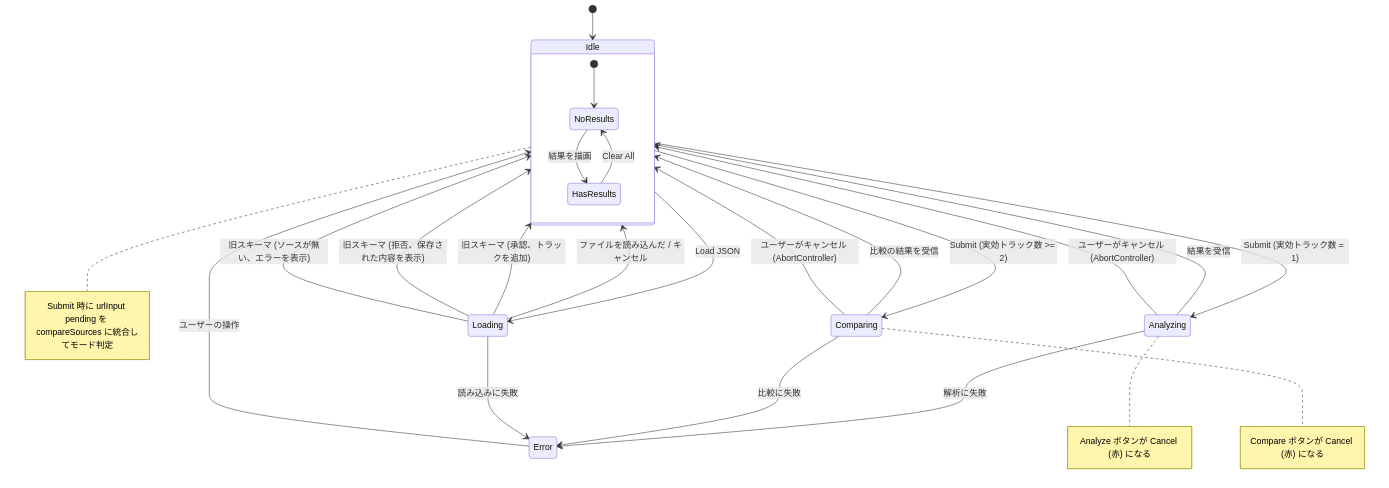
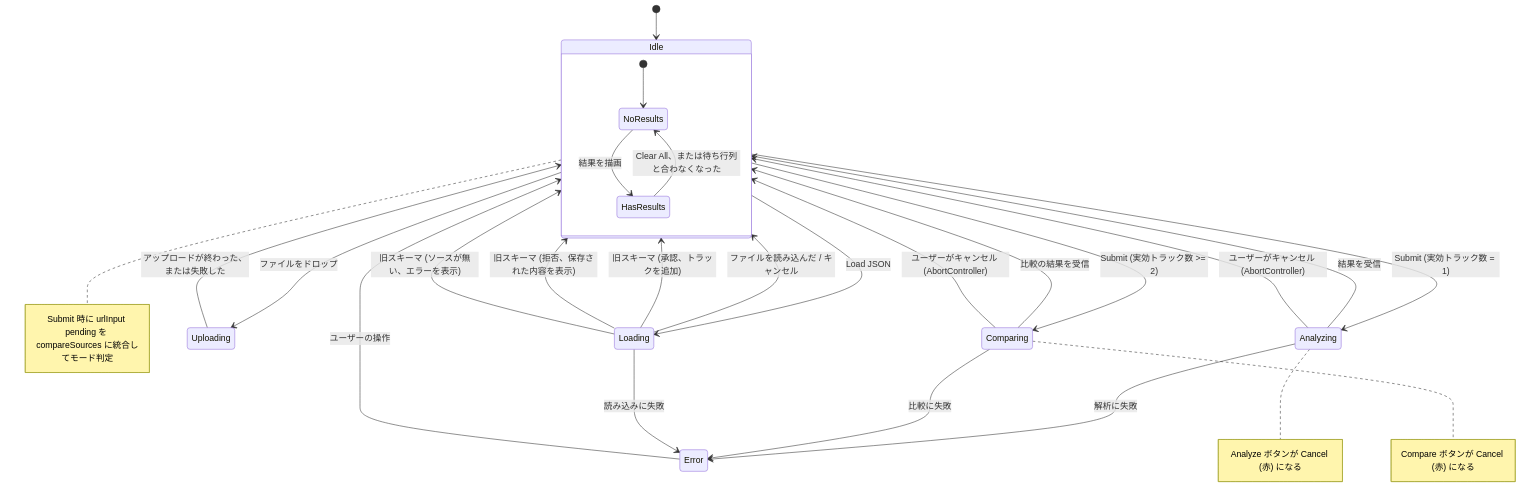
One commit to semnil/analyze-spectrum changed diagram 11 of 18 in docs/architecture.ja.md. Above: the diagram before and after it, drawn with Mermaid. The commit also changed other lines of this file and 5 other files, not shown here.

````diff
--- a/docs/architecture.ja.md
+++ b/docs/architecture.ja.md
@@ -292,33 +292,36 @@
 ```mermaid
 stateDiagram-v2
     [*] --> Idle
     Idle --> Analyzing : Submit (実効トラック数 = 1)
     Idle --> Comparing : Submit (実効トラック数 >= 2)
     Idle --> Loading : Load JSON
+    Idle --> Uploading : ファイルをドロップ
 
     Analyzing --> Idle : 結果を受信
     Analyzing --> Idle : ユーザーがキャンセル (AbortController)
     Analyzing --> Error : 解析に失敗
 
     Comparing --> Idle : 比較の結果を受信
     Comparing --> Idle : ユーザーがキャンセル (AbortController)
     Comparing --> Error : 比較に失敗
 
     Loading --> Idle : ファイルを読み込んだ / キャンセル
     Loading --> Idle : 旧スキーマ (承認、トラックを追加)
     Loading --> Idle : 旧スキーマ (拒否、保存された内容を表示)
     Loading --> Idle : 旧スキーマ (ソースが無い、エラーを表示)
     Loading --> Error : 読み込みに失敗
 
+    Uploading --> Idle : アップロードが終わった、または失敗した
+
     Error --> Idle : ユーザーの操作
 
     state Idle {
         [*] --> NoResults
         NoResults --> HasResults : 結果を描画
-        HasResults --> NoResults : Clear All
+        HasResults --> NoResults : Clear All、または待ち行列と合わなくなった
     }
 
     note right of Idle : Submit 時に urlInput pending を compareSources に統合してモード判定
     note right of Analyzing : Analyze ボタンが Cancel (赤) になる
     note right of Comparing : Compare ボタンが Cancel (赤) になる
 ```
````
